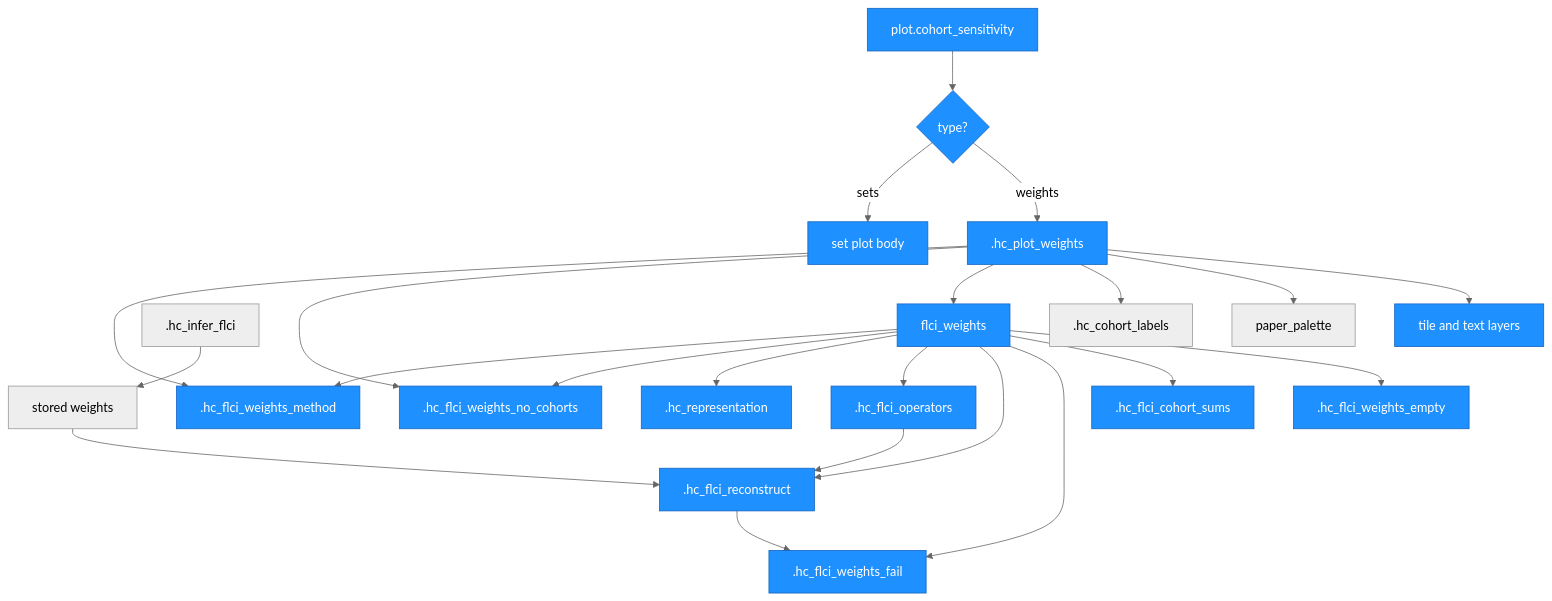
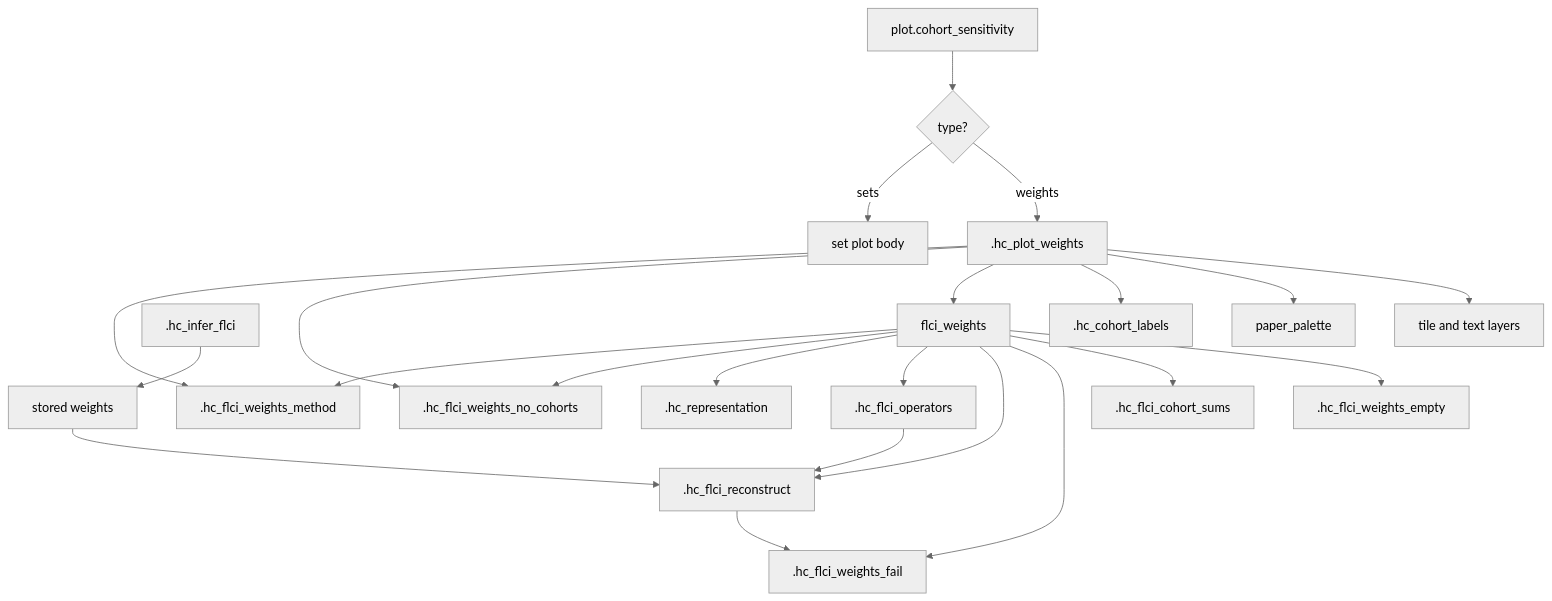
The sixth of 8 diagrams in Architecture.md (lzy318/CohortHonestDiD), drawn with Mermaid before and after one commit. The commit also changed other lines of this file and 7 other files, not shown here.

````diff
--- a/Architecture.md
+++ b/Architecture.md
@@ -464,39 +410,25 @@
 ```mermaid
 %%{init: {'theme': 'neutral'}}%%
 graph TD
     Plot["plot.cohort_sensitivity"] --> Type{"type?"}
     Type -- sets --> Sets["set plot body"]
     Type -- weights --> PW[".hc_plot_weights"]
     PW --> Method[".hc_flci_weights_method"]
     PW --> NoCoh[".hc_flci_weights_no_cohorts"]
     PW --> FW["flci_weights"]
     FW --> Method
     FW --> NoCoh
     FW --> Rep[".hc_representation"]
     FW --> Ops[".hc_flci_operators"]
     FW --> Rec[".hc_flci_reconstruct"]
     Infer[".hc_infer_flci"] --> Stored["stored weights"]
     Stored --> Rec
     Ops --> Rec
     Rec --> Fail[".hc_flci_weights_fail"]
     FW --> Fail
     FW --> Sums[".hc_flci_cohort_sums"]
     FW --> Empty[".hc_flci_weights_empty"]
     PW --> Labels[".hc_cohort_labels"]
     PW --> Palette["paper_palette"]
     PW --> Heat["tile and text layers"]
-    style Plot fill:#1e90ff,stroke:#1565c0,color:#fff
-    style Type fill:#1e90ff,stroke:#1565c0,color:#fff
-    style Sets fill:#1e90ff,stroke:#1565c0,color:#fff
-    style PW fill:#1e90ff,stroke:#1565c0,color:#fff
-    style Rep fill:#1e90ff,stroke:#1565c0,color:#fff
-    style Method fill:#1e90ff,stroke:#1565c0,color:#fff
-    style NoCoh fill:#1e90ff,stroke:#1565c0,color:#fff
-    style FW fill:#1e90ff,stroke:#1565c0,color:#fff
-    style Ops fill:#1e90ff,stroke:#1565c0,color:#fff
-    style Rec fill:#1e90ff,stroke:#1565c0,color:#fff
-    style Fail fill:#1e90ff,stroke:#1565c0,color:#fff
-    style Sums fill:#1e90ff,stroke:#1565c0,color:#fff
-    style Empty fill:#1e90ff,stroke:#1565c0,color:#fff
-    style Heat fill:#1e90ff,stroke:#1565c0,color:#fff
 ```
````
